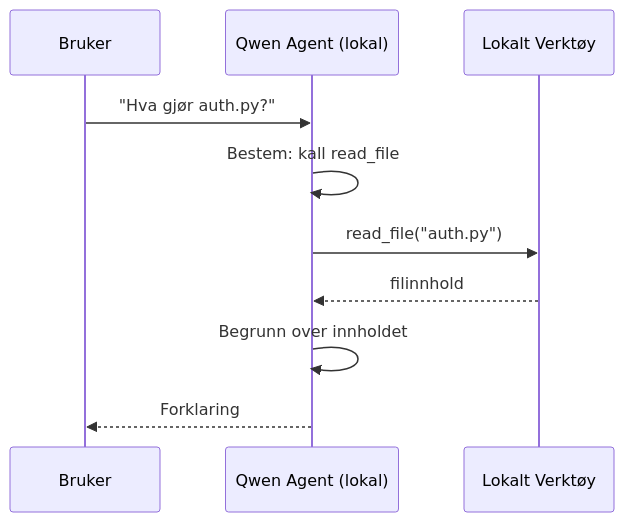
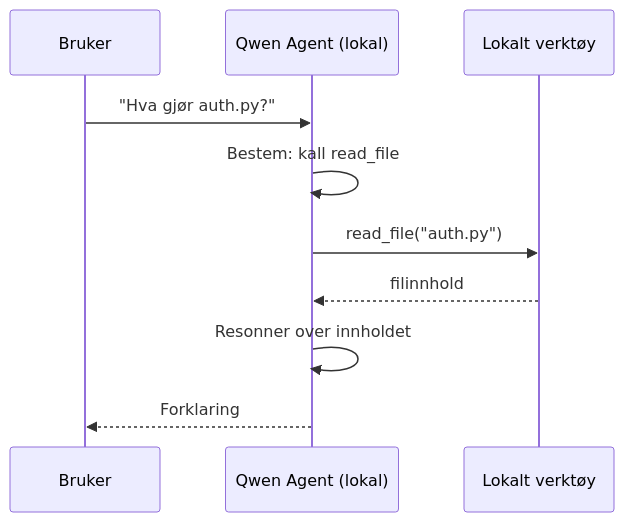
One commit to gabrielmoreira/agent-skills-mirror changed the second of 4 diagrams in mirrors/repos/microsoft@ai-agents-for-beginners/translations/no/17-creating-local-ai-agents/README.md. Above: the diagram before and after it, drawn with Mermaid. The commit also changed other lines of this file and 4262 other files, not shown here.

````diff
--- a/mirrors/repos/microsoft@ai-agents-for-beginners/translations/no/17-creating-local-ai-agents/README.md
+++ b/mirrors/repos/microsoft@ai-agents-for-beginners/translations/no/17-creating-local-ai-agents/README.md
@@ -106,12 +106,12 @@
 ```mermaid
 sequenceDiagram
     participant U as Bruker
     participant A as Qwen Agent (lokal)
-    participant T as Lokalt Verktøy
+    participant T as Lokalt verktøy
     U->>A: "Hva gjør auth.py?"
     A->>A: Bestem: kall read_file
     A->>T: read_file("auth.py")
     T-->>A: filinnhold
-    A->>A: Begrunn over innholdet
+    A->>A: Resonner over innholdet
     A-->>U: Forklaring
 ```
````
